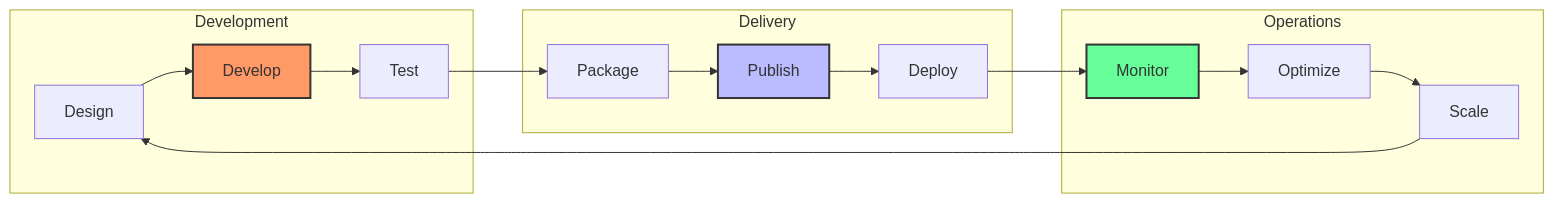
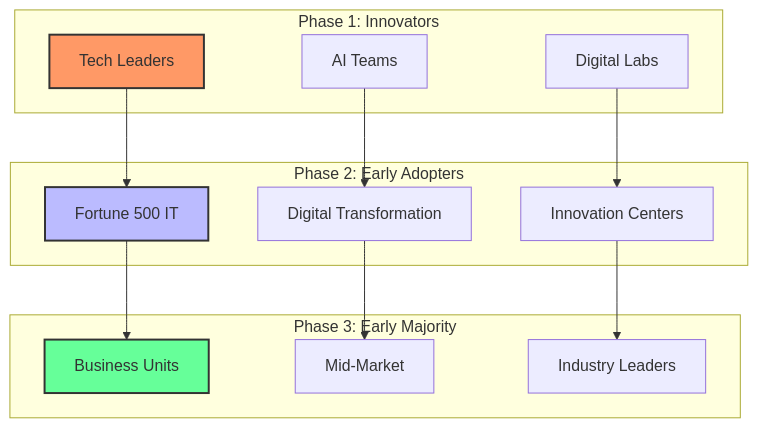
One commit to felipepimentel/my-public-notes changed the tenth of 17 diagrams in docs/AI/Comunicação/MCP/16-mcp-analise preditiva.md. Above: the diagram before and after it, drawn with Mermaid. The commit also changed other lines of this file and 11 other files, not shown here.

````diff
--- a/docs/AI/Comunicação/MCP/16-mcp-analise preditiva.md
+++ b/docs/AI/Comunicação/MCP/16-mcp-analise preditiva.md
@@ -257,25 +458,32 @@
 ```mermaid
-graph LR
-    subgraph "Development"
-        D1[Design] --> D2[Develop]
-        D2 --> D3[Test]
+graph TD
+    subgraph "Phase 1: Innovators"
+        I1[Tech Leaders]
+        I2[AI Teams]
+        I3[Digital Labs]
     end
     
-    subgraph "Delivery"
-        D3 --> P1[Package]
-        P1 --> P2[Publish]
-        P2 --> P3[Deploy]
+    subgraph "Phase 2: Early Adopters"
+        E1[Fortune 500 IT]
+        E2[Digital Transformation]
+        E3[Innovation Centers]
     end
     
-    subgraph "Operations"
-        P3 --> O1[Monitor]
-        O1 --> O2[Optimize]
-        O2 --> O3[Scale]
+    subgraph "Phase 3: Early Majority"
+        M1[Business Units]
+        M2[Mid-Market]
+        M3[Industry Leaders]
     end
     
-    O3 --> D1
+    I1 --> E1
+    I2 --> E2
+    I3 --> E3
     
-    style D2 fill:#f96,stroke:#333,stroke-width:2px
-    style P2 fill:#bbf,stroke:#333,stroke-width:2px
-    style O1 fill:#6f9,stroke:#333,stroke-width:2px
+    E1 --> M1
+    E2 --> M2
+    E3 --> M3
+    
+    style I1 fill:#f96,stroke:#333,stroke-width:2px
+    style E1 fill:#bbf,stroke:#333,stroke-width:2px
+    style M1 fill:#6f9,stroke:#333,stroke-width:2px
 ```
````
